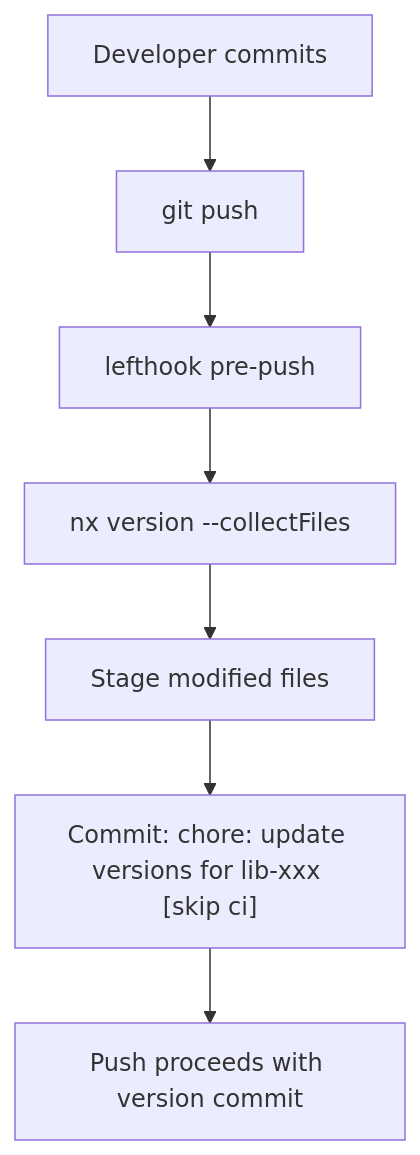
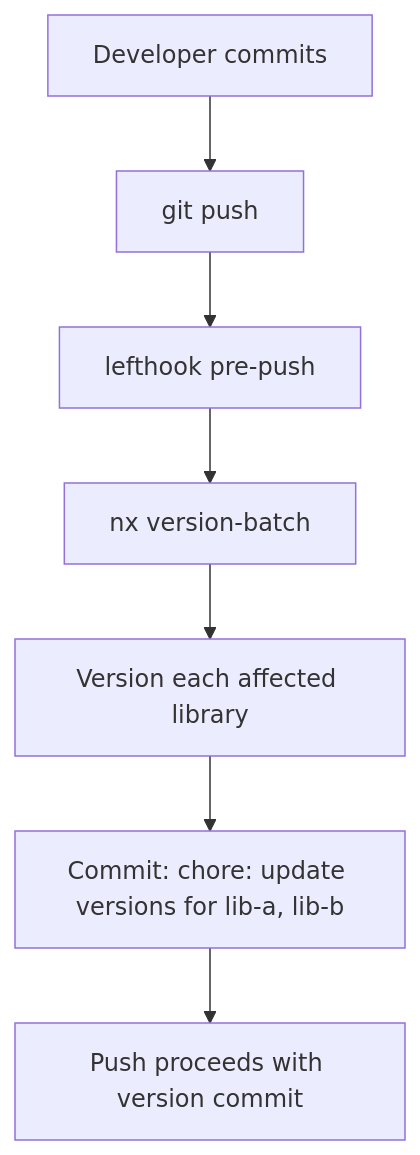
One commit to AndrewRedican/hyperfrontend changed the second of 4 diagrams in tools/package/src/executors/version/ARCHITECTURE.md. Above: the diagram before and after it, drawn with Mermaid. The commit also changed other lines of this file and 15 other files, not shown here.

Commit message:
feat(tool-package): add version-batch executor and consolidate versioning logic

````diff
--- a/tools/package/src/executors/version/ARCHITECTURE.md
+++ b/tools/package/src/executors/version/ARCHITECTURE.md
@@ -124,9 +124,9 @@
 ```mermaid
 flowchart TD
     A[Developer commits] --> B[git push]
     B --> C[lefthook pre-push]
-    C --> D[nx version --collectFiles]
-    D --> E[Stage modified files]
-    E --> F["Commit: chore: update versions for lib-xxx [skip ci]"]
+    C --> D[nx version-batch]
+    D --> E[Version each affected library]
+    E --> F["Commit: chore: update versions for lib-a, lib-b"]
     F --> G[Push proceeds with version commit]
 ```
````
